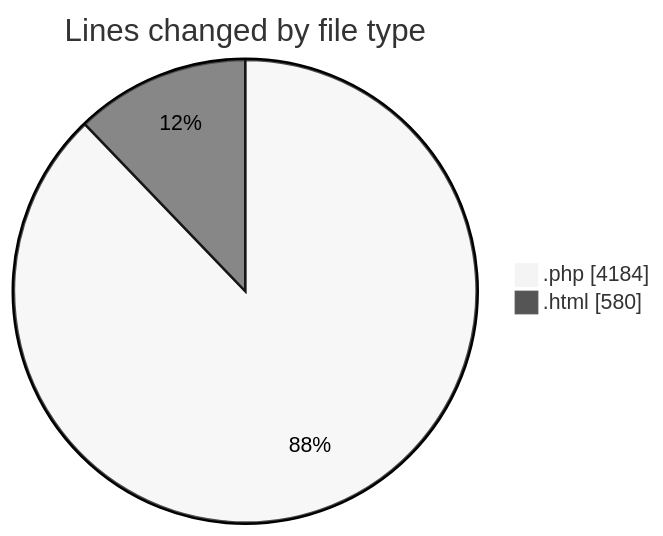
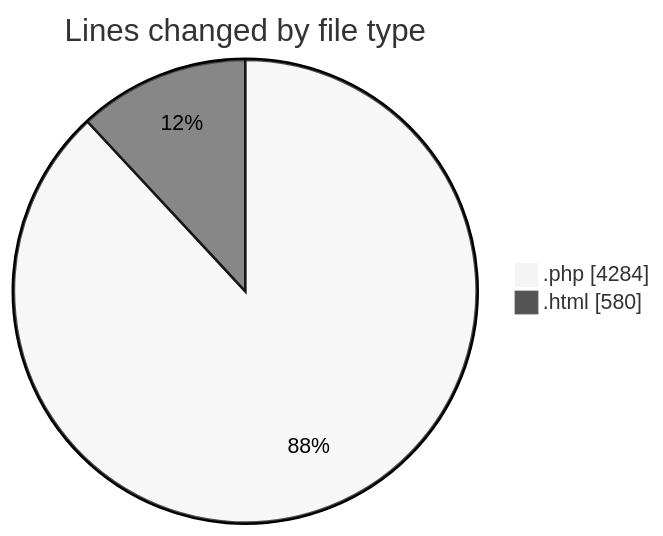
The first of 2 diagrams in 2025-09-02/quytuthien_vn/README.md (lephambinh05/code-tracking), drawn with Mermaid (neutral theme) before and after one commit. The commit also changed other lines of this file and 1 other file, not shown here.

````diff
--- a/2025-09-02/quytuthien_vn/README.md
+++ b/2025-09-02/quytuthien_vn/README.md
@@ -22,6 +22,6 @@
 ```mermaid
 pie showData
 title Lines changed by file type
-".php" : 4184
+".php" : 4284
 ".html" : 580
 ```
````
